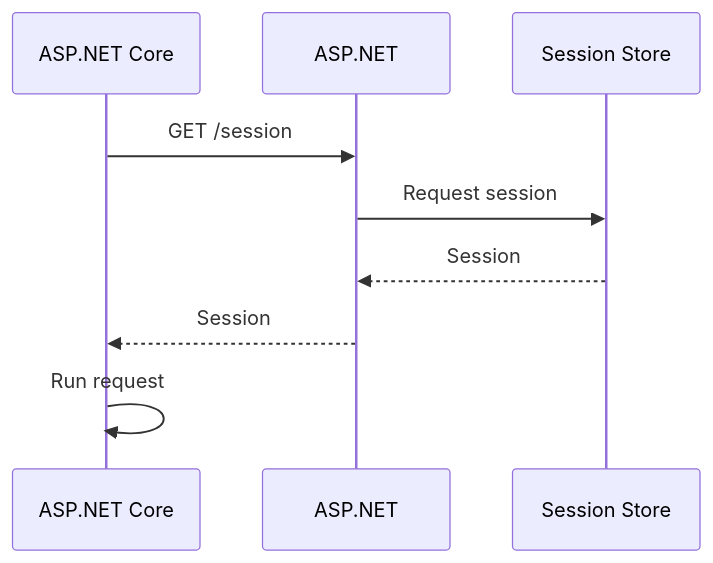
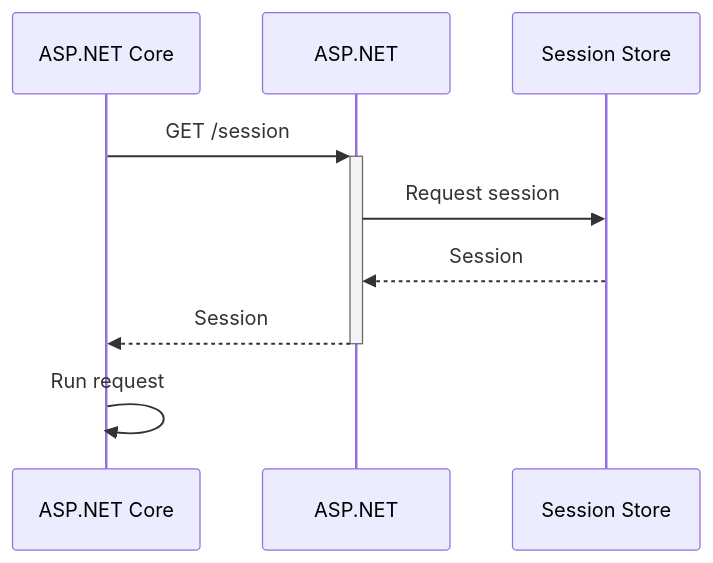
The first of 3 diagrams in designs/remote-session.md (dotnet/systemweb-adapters), drawn with Mermaid before and after one commit. The commit also changed other lines of this file, not shown here.

````diff
--- a/designs/remote-session.md
+++ b/designs/remote-session.md
@@ -7,11 +7,11 @@
 ```mermaid
     sequenceDiagram
         participant core as ASP.NET Core
         participant framework as ASP.NET
         participant session as Session Store
-        core ->> framework: GET /session
+        core ->> +framework: GET /session
         framework ->> session: Request session
         session -->> framework: Session
-        framework -->> core: Session
+        framework -->> -core: Session
         core ->> core: Run request
 ```
````
